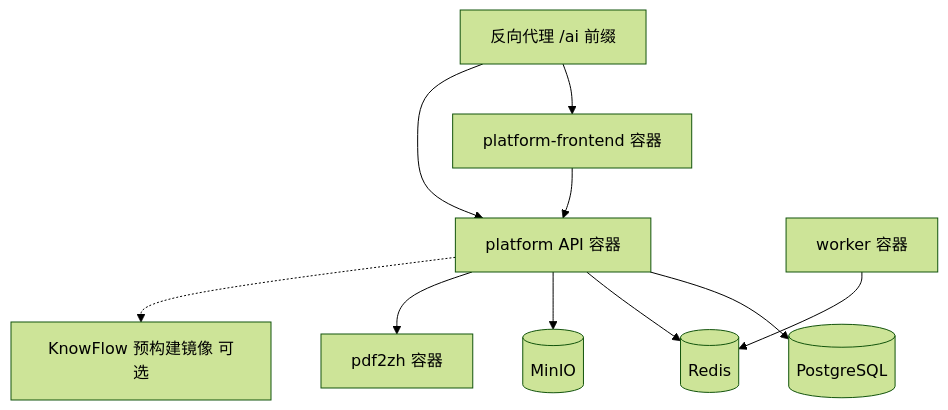
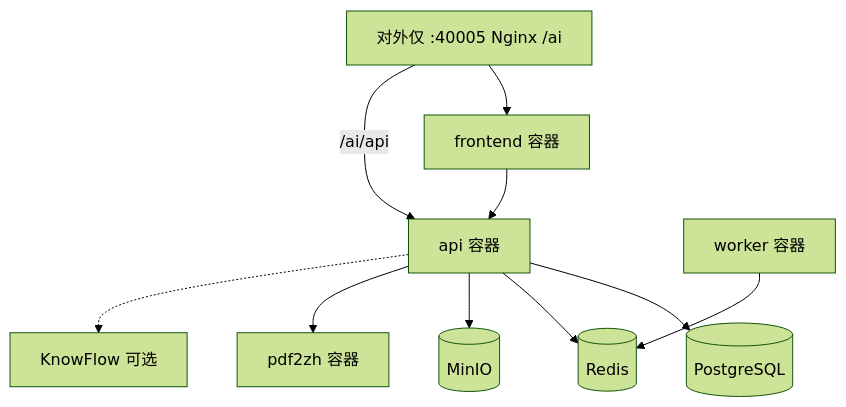
One commit to zhibinQiu/benxi changed the third of 17 diagrams in docs/zh/development/system-architecture-overview.md. Above: the diagram before and after it, drawn with Mermaid (forest theme). The commit also changed other lines of this file and 620 other files, not shown here.

````diff
--- a/docs/zh/development/system-architecture-overview.md
+++ b/docs/zh/development/system-architecture-overview.md
@@ -102,22 +101,22 @@
 ```mermaid
 flowchart TB
-  GW[反向代理 /ai 前缀]
-  FE_C[platform-frontend 容器]
-  API_C[platform API 容器]
+  GW[对外仅 :40005 Nginx /ai]
+  FE_C[frontend 容器]
+  API_C[api 容器]
   WRK_C[worker 容器]
   PDF_C[pdf2zh 容器]
   PG[(PostgreSQL)]
   RD[(Redis)]
   MN[(MinIO)]
-  KF[KnowFlow 预构建镜像 可选]
+  KF[KnowFlow 可选]
 
   GW --> FE_C
-  GW --> API_C
+  GW -->|/ai/api| API_C
   FE_C --> API_C
   API_C --> PG
   API_C --> RD
   API_C --> MN
   WRK_C --> RD
   API_C --> PDF_C
   API_C -.-> KF
 ```
````
